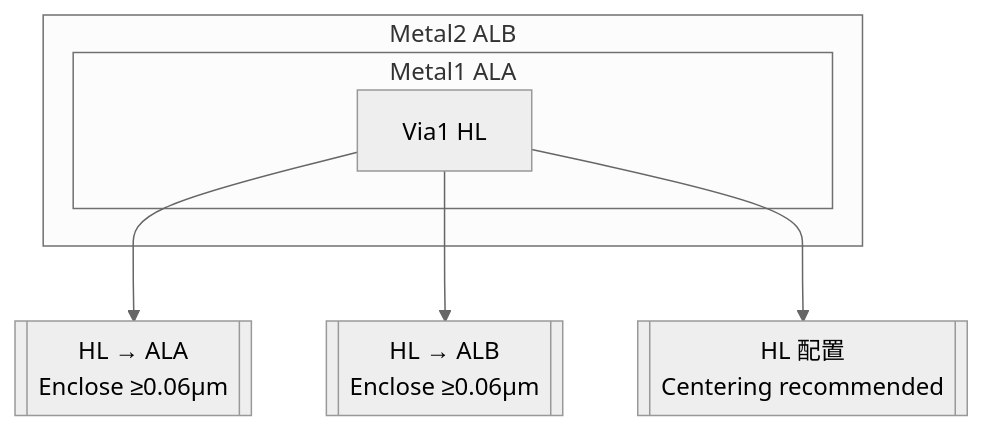
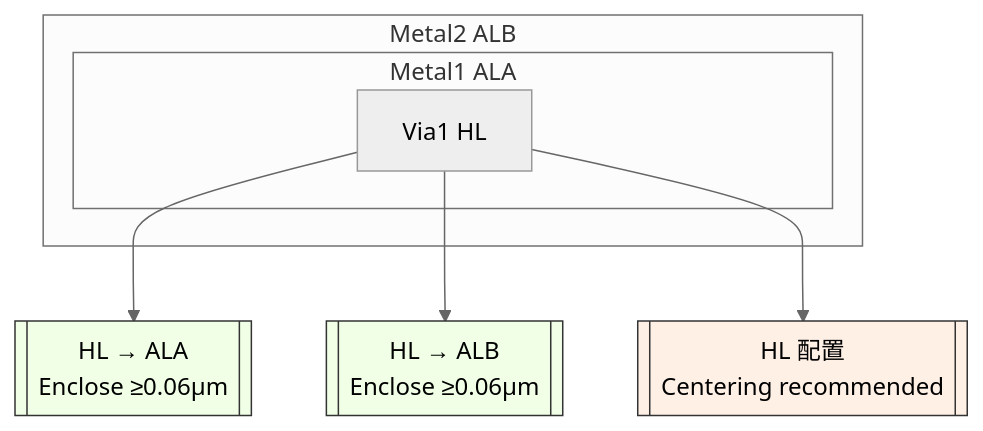
One commit to Samizo-AITL/Edusemi-v4x changed the second of 2 diagrams in d_chapter4_layout_optimization/layer_overlay_reference.md. Above: the diagram before and after it, drawn with Mermaid (neutral theme). The commit also changed other lines of this file, not shown here.

````diff
--- a/d_chapter4_layout_optimization/layer_overlay_reference.md
+++ b/d_chapter4_layout_optimization/layer_overlay_reference.md
@@ -86,18 +92,23 @@
 ```mermaid
 flowchart TD
     subgraph ALB [Metal2 ALB]
         subgraph ALA [Metal1 ALA]
             HL[Via1 HL]
         end
     end
 
     %% --- 注記ノード ---
     Note1[[HL → ALA<br/>Enclose ≥0.06µm]]
     Note2[[HL → ALB<br/>Enclose ≥0.06µm]]
     Note3[[HL 配置<br/>Centering recommended]]
 
     %% --- 関連付け ---
     HL --> Note1
     HL --> Note2
     HL --> Note3
+
+    %% --- スタイル ---
+    style Note1 fill:#f0ffe6,stroke:#333,stroke-width:1px
+    style Note2 fill:#f0ffe6,stroke:#333,stroke-width:1px
+    style Note3 fill:#fff0e6,stroke:#333,stroke-width:1px
 ```
````
